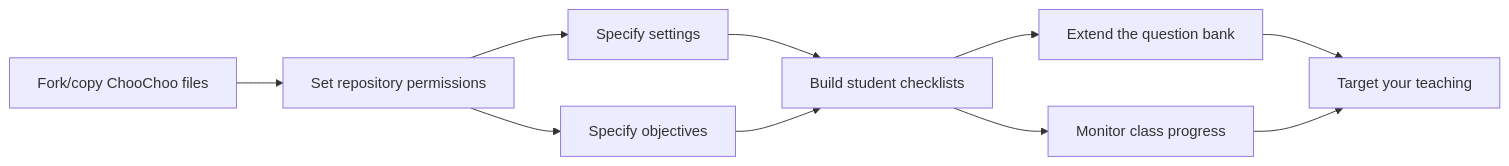
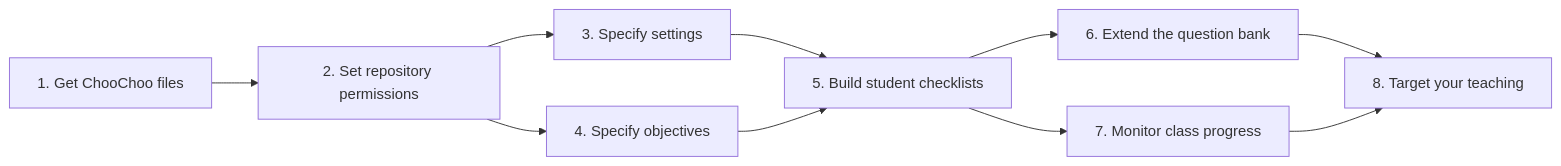
Before and after one commit to lucydot/ChooChoo: the diagram in docs/instructors/setup.md, drawn with Mermaid. The commit also changed other lines of this file, not shown here.

````diff
--- a/docs/instructors/setup.md
+++ b/docs/instructors/setup.md
@@ -3,12 +3,12 @@
 ``` mermaid
 graph LR
-  A[Fork/copy ChooChoo files] --> B[Set repository permissions];
-  B --> C[Specify settings];
-  B --> D[Specify objectives];
-  C --> E[Build student checklists];
+  A[1. Get ChooChoo files] --> B[2. Set repository permissions];
+  B --> C[3. Specify settings];
+  B --> D[4. Specify objectives];
+  C --> E[5. Build student checklists];
   D --> E;
-  E --> G[Extend the question bank];
-  E --> F[Monitor class progress];
-  G --> H[Target your teaching];
+  E --> G[6. Extend the question bank];
+  E --> F[7. Monitor class progress];
+  G --> H[8. Target your teaching];
   F --> H;
 ```
````
